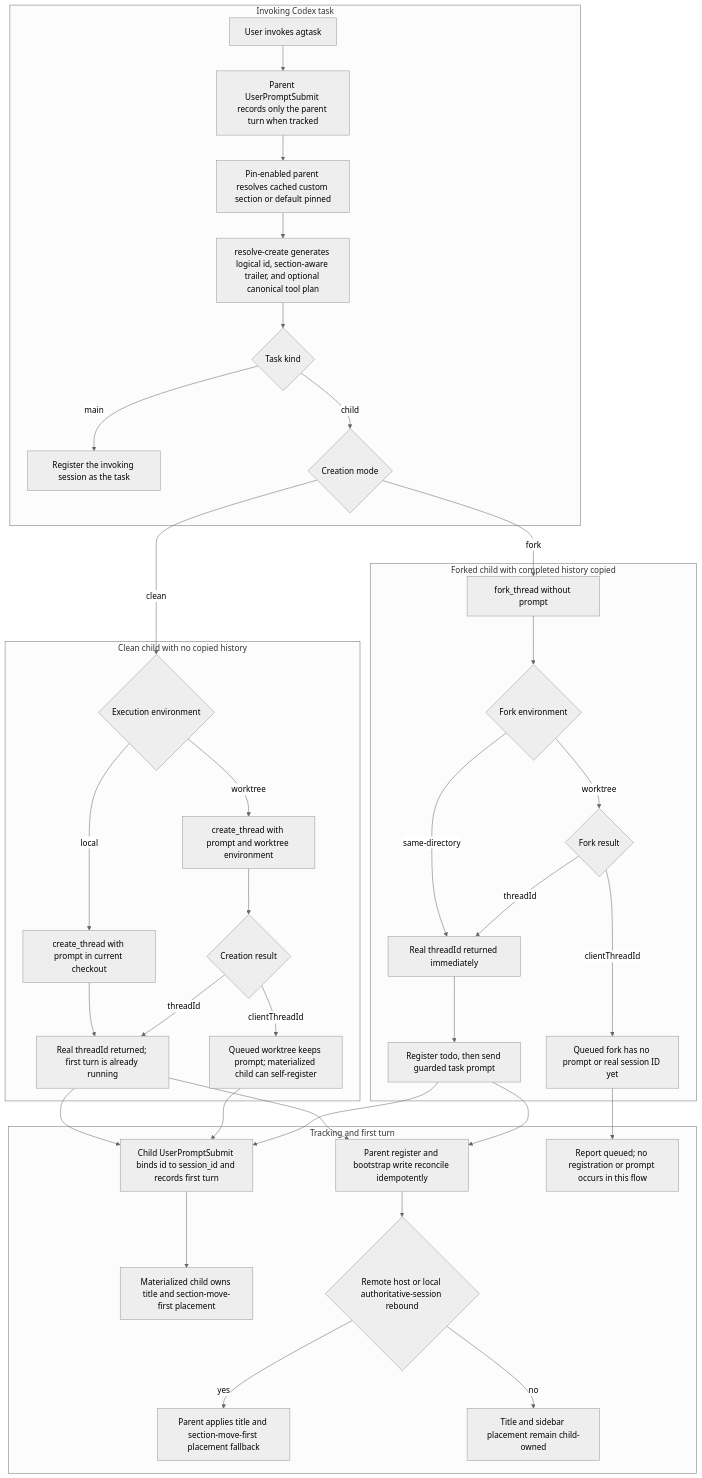
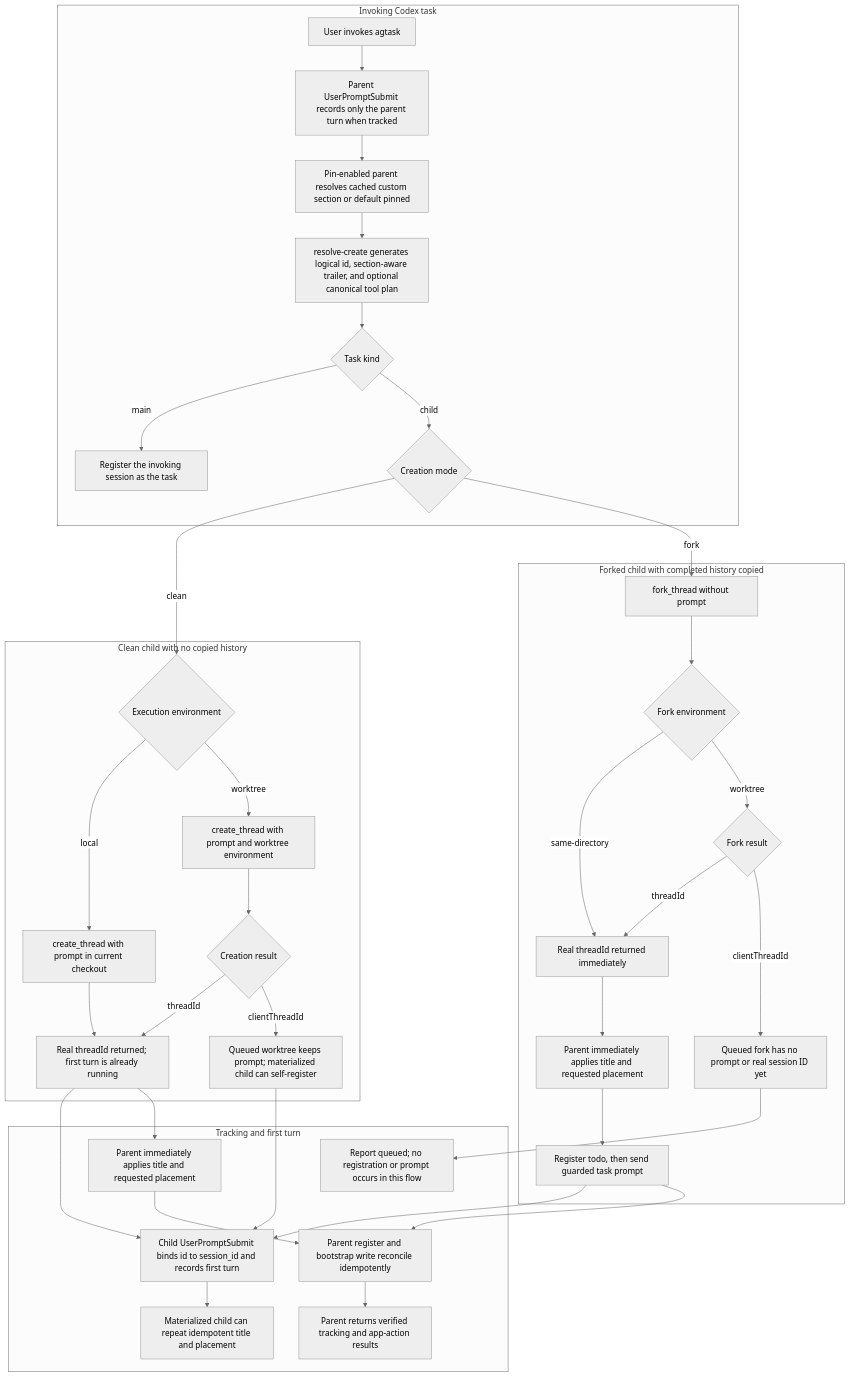
The diagram in active/agtask/docs/flows/task-creation.md (kevinslin/agstack), drawn with Mermaid (neutral theme) before and after one commit. The commit also changed other lines of this file and 10 other files, not shown here.

````diff
--- a/active/agtask/docs/flows/task-creation.md
+++ b/active/agtask/docs/flows/task-creation.md
@@ -28,44 +28,44 @@
 ```mermaid
 graph TD
     subgraph Parent["Invoking Codex task"]
         A["User invokes agtask"] --> B["Parent UserPromptSubmit records only the parent turn when tracked"]
         B --> SC["Pin-enabled parent resolves cached custom section or default pinned"]
         SC --> C["resolve-create generates logical id, section-aware trailer, and optional canonical tool plan"]
         C --> D{"Task kind"}
         D -->|main| E["Register the invoking session as the task"]
         D -->|child| F{"Creation mode"}
     end
 
     subgraph Clean["Clean child with no copied history"]
         F -->|clean| G{"Execution environment"}
         G -->|local| H["create_thread with prompt in current checkout"]
         G -->|worktree| I["create_thread with prompt and worktree environment"]
         H --> J["Real threadId returned; first turn is already running"]
         I --> K{"Creation result"}
         K -->|threadId| J
         K -->|clientThreadId| L["Queued worktree keeps prompt; materialized child can self-register"]
     end
 
     subgraph Fork["Forked child with completed history copied"]
         F -->|fork| M["fork_thread without prompt"]
         M --> N{"Fork environment"}
         N -->|same-directory| O["Real threadId returned immediately"]
         N -->|worktree| P{"Fork result"}
         P -->|threadId| O
         P -->|clientThreadId| Q["Queued fork has no prompt or real session ID yet"]
-        O --> R["Register todo, then send guarded task prompt"]
+        O --> PP["Parent immediately applies title and requested placement"]
+        PP --> R["Register todo, then send guarded task prompt"]
     end
 
     subgraph Binding["Tracking and first turn"]
         J --> S["Child UserPromptSubmit binds id to session_id and records first turn"]
         L --> S
         R --> S
-        S --> V["Materialized child owns title and section-move-first placement"]
-        J --> T["Parent register and bootstrap write reconcile idempotently"]
+        S --> V["Materialized child can repeat idempotent title and placement"]
+        J --> PA["Parent immediately applies title and requested placement"]
+        PA --> T["Parent register and bootstrap write reconcile idempotently"]
         R --> T
-        T --> W{"Remote host or local authoritative-session rebound"}
-        W -->|yes| X["Parent applies title and section-move-first placement fallback"]
-        W -->|no| Y["Title and sidebar placement remain child-owned"]
+        T --> Y["Parent returns verified tracking and app-action results"]
         Q --> U["Report queued; no registration or prompt occurs in this flow"]
     end
 ```
````
